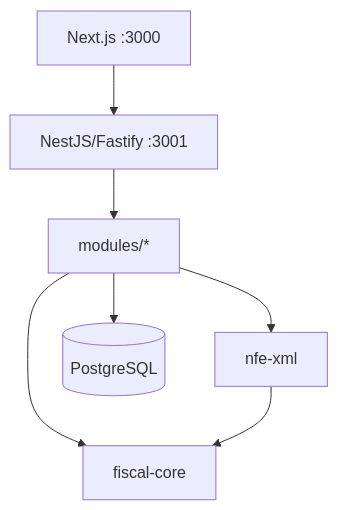
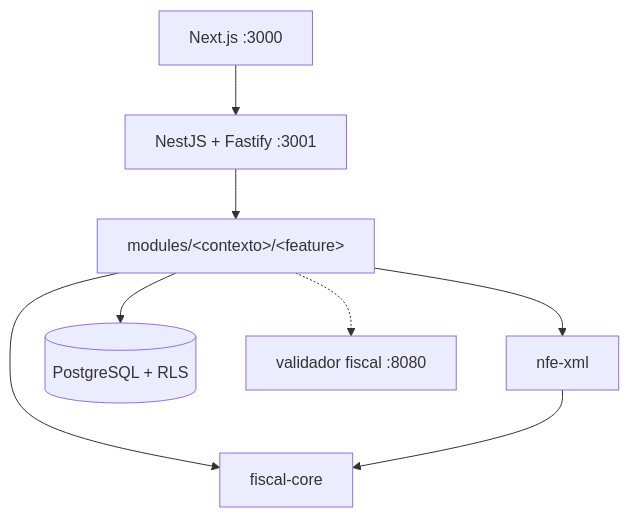
Before and after one commit to Matheus-santos7/MSimulation-XML: the diagram in README.md, drawn with Mermaid. The commit also changed other lines of this file, not shown here.

````diff
--- a/README.md
+++ b/README.md
@@ -99,9 +54,10 @@
 ```mermaid
 graph TB
-  NEXT[Next.js :3000] --> FAST[NestJS/Fastify :3001]
-  FAST --> MOD[modules/*]
+  NEXT["Next.js :3000"] --> API["NestJS + Fastify :3001"]
+  API --> MOD["modules/&lt;contexto&gt;/&lt;feature&gt;"]
   MOD --> FC[fiscal-core]
   MOD --> NX[nfe-xml]
   NX --> FC
-  MOD --> PG[(PostgreSQL)]
+  MOD --> PG[("PostgreSQL + RLS")]
+  MOD -.-> VAL["validador fiscal :8080"]
 ```
````
